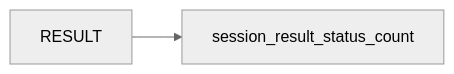
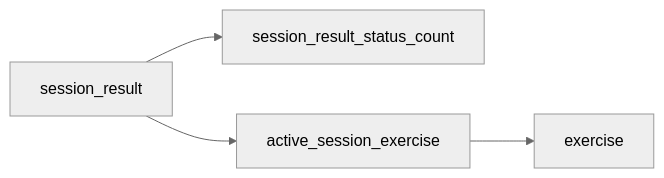
Before and after one commit to Antoine-Lagache/psitta: the fourth of 5 diagrams in docs/architecture/persistence_layer/database.md, drawn with Mermaid (neutral theme). The commit also changed other lines of this file and 6 other files, not shown here.

Commit message:
Update architecture documentation

````diff
--- a/docs/architecture/persistence_layer/database.md
+++ b/docs/architecture/persistence_layer/database.md
@@ -142,4 +145,6 @@
 ```mermaid
 flowchart LR
-    RESULT --> COUNTS["session_result_status_count"]
+    RESULT["session_result"] --> COUNTS["session_result_status_count"]
+    RESULT --> ACTIVE["active_session_exercise"]
+    ACTIVE --> EXERCISE["exercise"]
 ```
````
